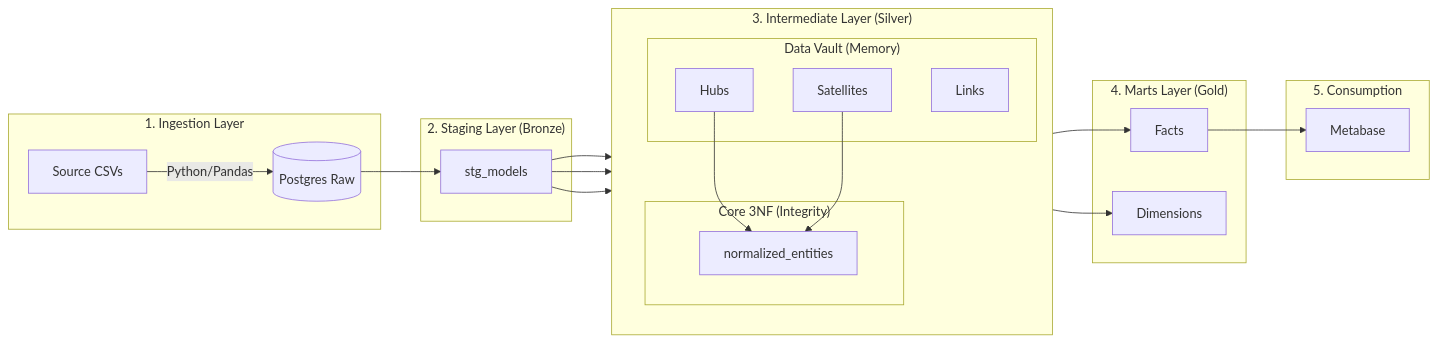
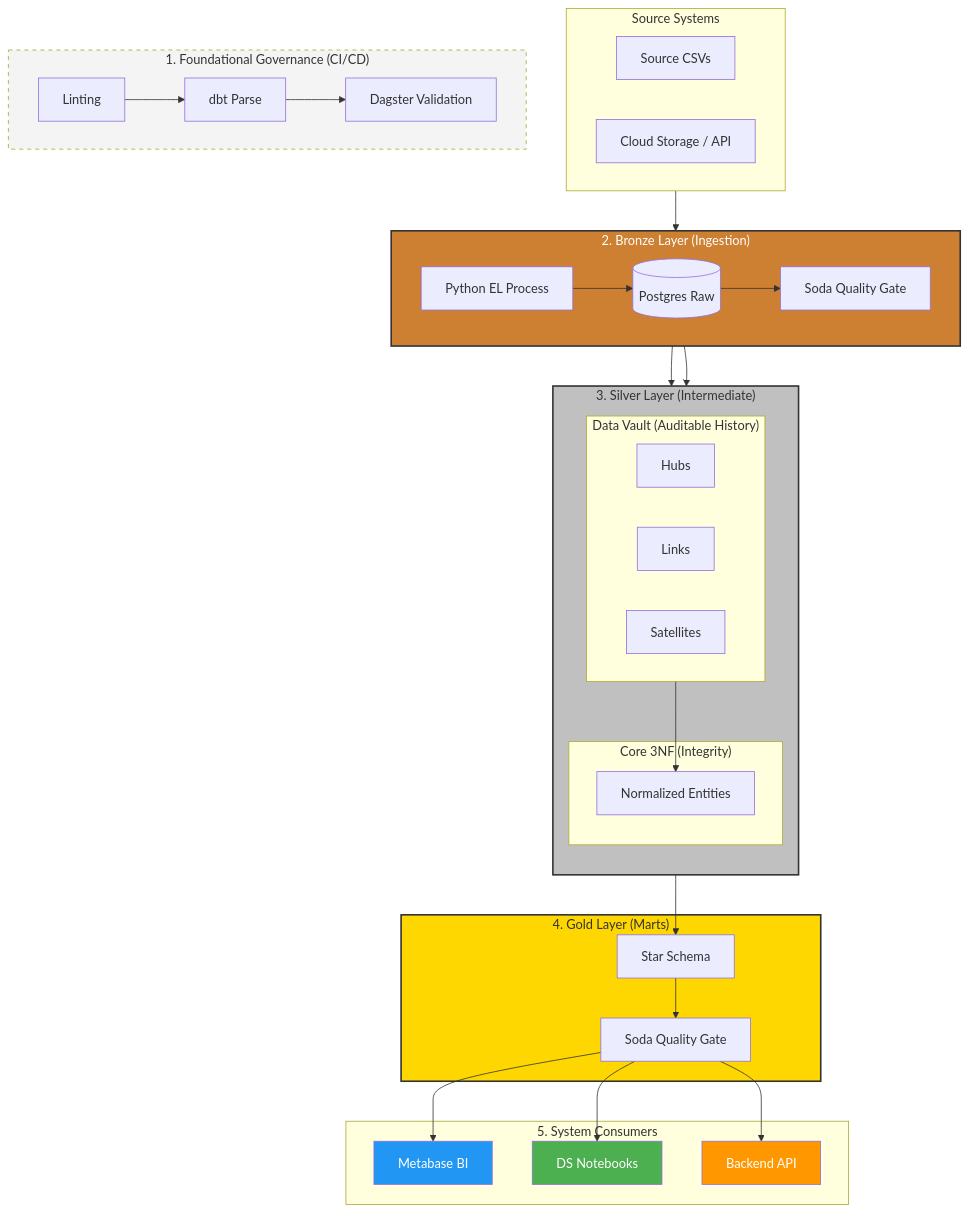
Before and after one commit to 26-jorge-01/analytics-modeling-lab: the first of 3 diagrams in README.md, drawn with Mermaid. The commit also changed other lines of this file and 4 other files, not shown here.

````diff
--- a/README.md
+++ b/README.md
@@ -19,36 +19,61 @@
 ```mermaid
-graph LR
-    subgraph Ingestion["1. Ingestion Layer"]
-        CSV[Source CSVs] --> |Python/Pandas| Raw[(Postgres Raw)]
+graph TB
+    %% =======================================================
+    %% Strategic Data Flow: The Medallion Paradigm
+    %% =======================================================
+
+    subgraph SD["Source Systems"]
+        CSV[Source CSVs]
+        S3[Cloud Storage / API]
     end
 
-    subgraph Staging["2. Staging Layer (Bronze)"]
-        Raw --> STG[stg_models]
+    subgraph CI["1. Foundational Governance (CI/CD)"]
+        direction LR
+        Lint[Linting] --> DP[dbt Parse]
+        DP --> DVC[Dagster Validation]
     end
 
-    subgraph Intermediate["3. Intermediate Layer (Silver)"]
+    subgraph Bronze["2. Bronze Layer (Ingestion)"]
+        direction LR
+        EL[Python EL Process] --> Raw[(Postgres Raw)]
+        Raw --> SodaB[Soda Quality Gate]
+    end
+
+    subgraph Silver["3. Silver Layer (Intermediate)"]
         direction TB
-        subgraph Vault["Data Vault (Memory)"]
+        subgraph DV["Data Vault (Auditable History)"]
             Hubs[Hubs]
             Links[Links]
             Sats[Satellites]
         end
         subgraph Core["Core 3NF (Integrity)"]
-            CoreT[normalized_entities]
+            Norm[Normalized Entities]
         end
-        STG --> Hubs
-        STG --> Links
-        STG --> Sats
-        Hubs --> CoreT
-        Sats --> CoreT
+        DV --> Norm
     end
 
-    subgraph Marts["4. Marts Layer (Gold)"]
-        CoreT --> Facts[Facts]
-        CoreT --> Dims[Dimensions]
+    subgraph Gold["4. Gold Layer (Marts)"]
+        Norm --> Star[Star Schema]
+        Star --> SodaG[Soda Quality Gate]
     end
 
-    subgraph BI["5. Consumption"]
-        Facts --> Dashboards[Metabase]
+    subgraph Consumption["5. System Consumers"]
+        SodaG --> MB[Metabase BI]
+        SodaG --> NB[DS Notebooks]
+        SodaG --> API[Backend API]
     end
+
+    %% Flow Connections
+    SD --> EL
+    SodaB --> DV
+    SodaB --> Norm
+    
+    %% Styling
+    style Bronze fill:#cd7f32,stroke:#333,stroke-width:2px,color:#fff
+    style Silver fill:#c0c0c0,stroke:#333,stroke-width:2px,color:#333
+    style Gold fill:#ffd700,stroke:#333,stroke-width:2px,color:#333
+    style CI fill:#f4f4f4,stroke-dasharray: 5 5
+    style MB fill:#2196f3,color:#fff
+    style NB fill:#4caf50,color:#fff
+    style API fill:#ff9800,color:#fff
 ```
````
